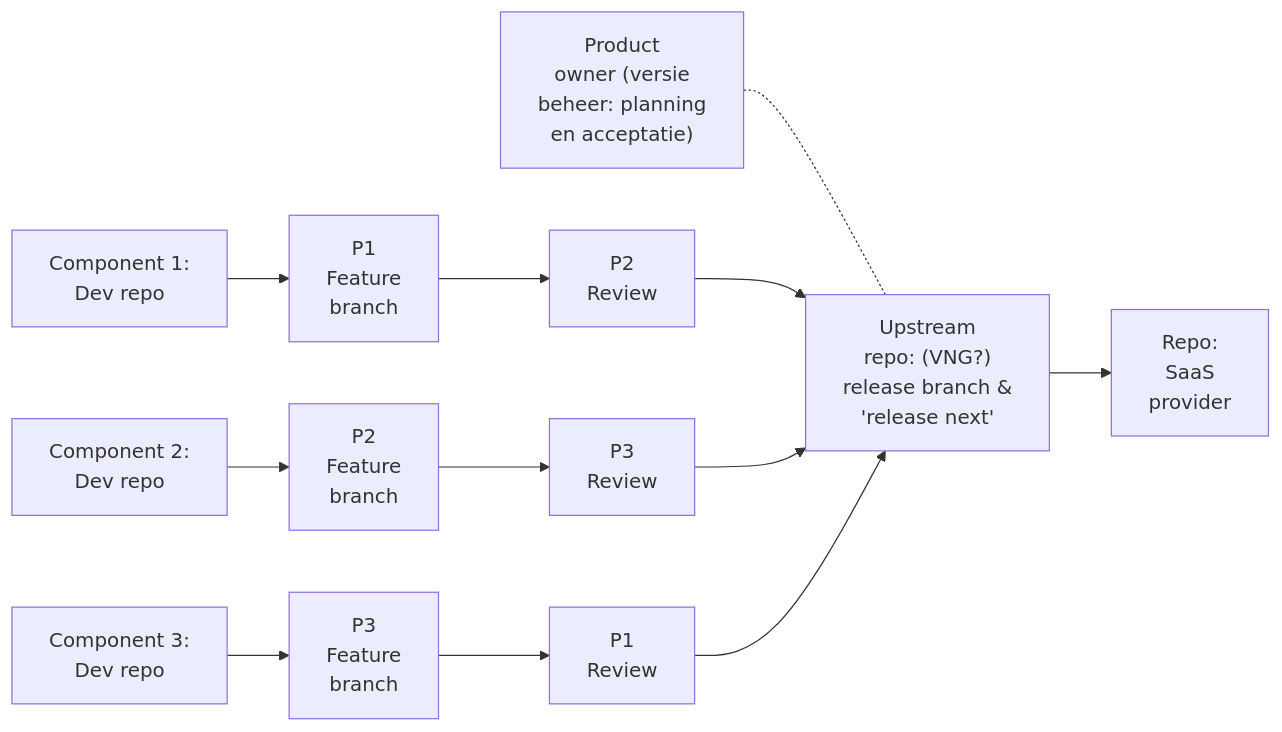
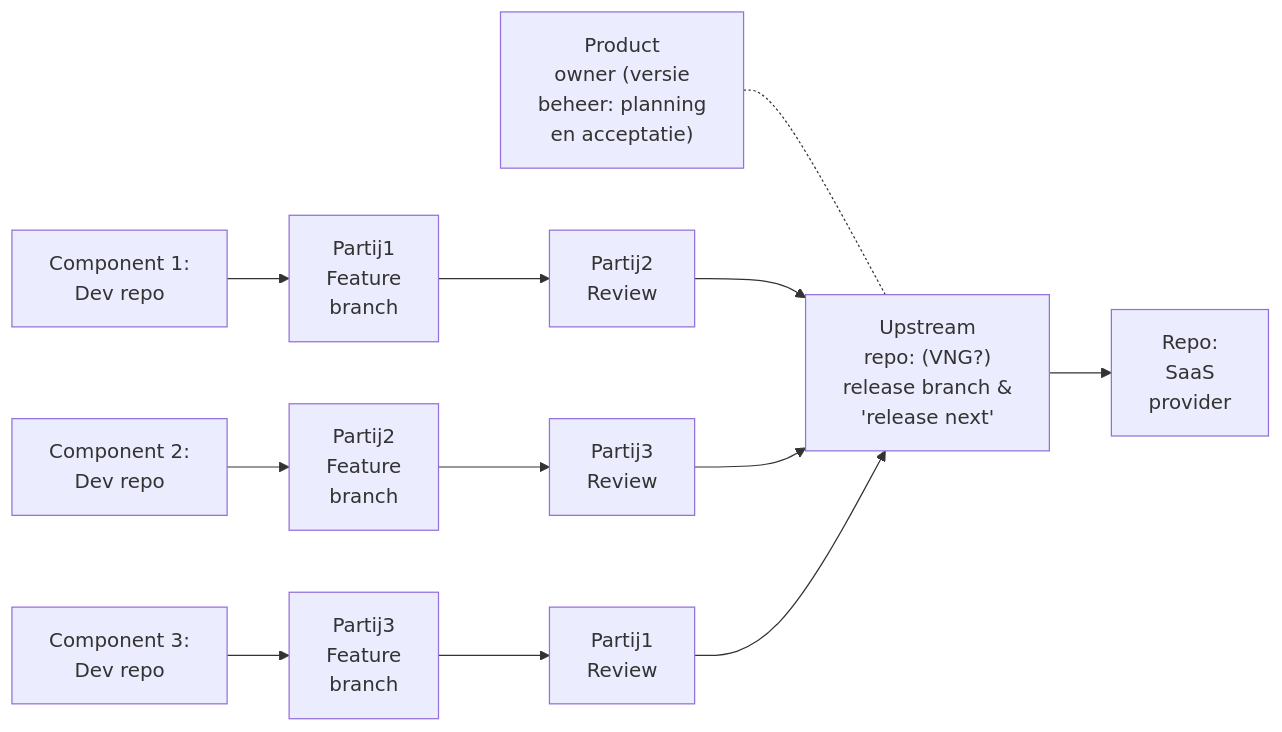
One commit to open-zaak/samenwerken changed the third of 3 diagrams in docs/verslag-ecosysteem-en-rollen.md. Above: the diagram before and after it, drawn with Mermaid.

````diff
--- a/docs/verslag-ecosysteem-en-rollen.md
+++ b/docs/verslag-ecosysteem-en-rollen.md
@@ -169,49 +169,49 @@
 ```mermaid
 graph LR
     %% Nodes
     
     %% Left Side: Components
     Dev1["Component 1:<br/>Dev repo"]
     Dev2["Component 2:<br/>Dev repo"]
     Dev3["Component 3:<br/>Dev repo"]
 
     %% Reviews
-    1FeatP1["P1<br/>Feature<br/>branch"]
-    1ReviewP2["P2<br/>Review"]
+    1FeatP1["Partij1<br/>Feature<br/>branch"]
+    1ReviewP2["Partij2<br/>Review"]
 
-    2FeatP2["P2<br/>Feature<br/>branch"]
-    2ReviewP3["P3<br/>Review"]
+    2FeatP2["Partij2<br/>Feature<br/>branch"]
+    2ReviewP3["Partij3<br/>Review"]
 
-    3FeatP3["P3<br/>Feature<br/>branch"]
-    3ReviewP1["P1<br/>Review"]
+    3FeatP3["Partij3<br/>Feature<br/>branch"]
+    3ReviewP1["Partij1<br/>Review"]
 
     %% Center: Upstream & Management
     Upstream["Upstream<br/>repo: (VNG?)<br/>release branch &<br/>'release next'"]
     PO["Product<br/>owner (versie<br/>beheer: planning<br/>en acceptatie)"]
 
     %% Right Side: SaaS
     SaaS["Repo:<br/>SaaS<br/>provider"]
 
     %% Connections
     
     %% PO Logic (dotted line for oversight)
     PO -.- Upstream
 
     %% Component 1
     Dev1 --> 1FeatP1
     1FeatP1 --> 1ReviewP2
     1ReviewP2 --> Upstream
 
     %% Component 2
     Dev2 --> 2FeatP2
     2FeatP2 --> 2ReviewP3
     2ReviewP3 --> Upstream
 
     %% Component 3
     Dev3 --> 3FeatP3
     3FeatP3 --> 3ReviewP1
     3ReviewP1 --> Upstream
 
     %% Downstream / Release
     Upstream --> SaaS
 ```
````
